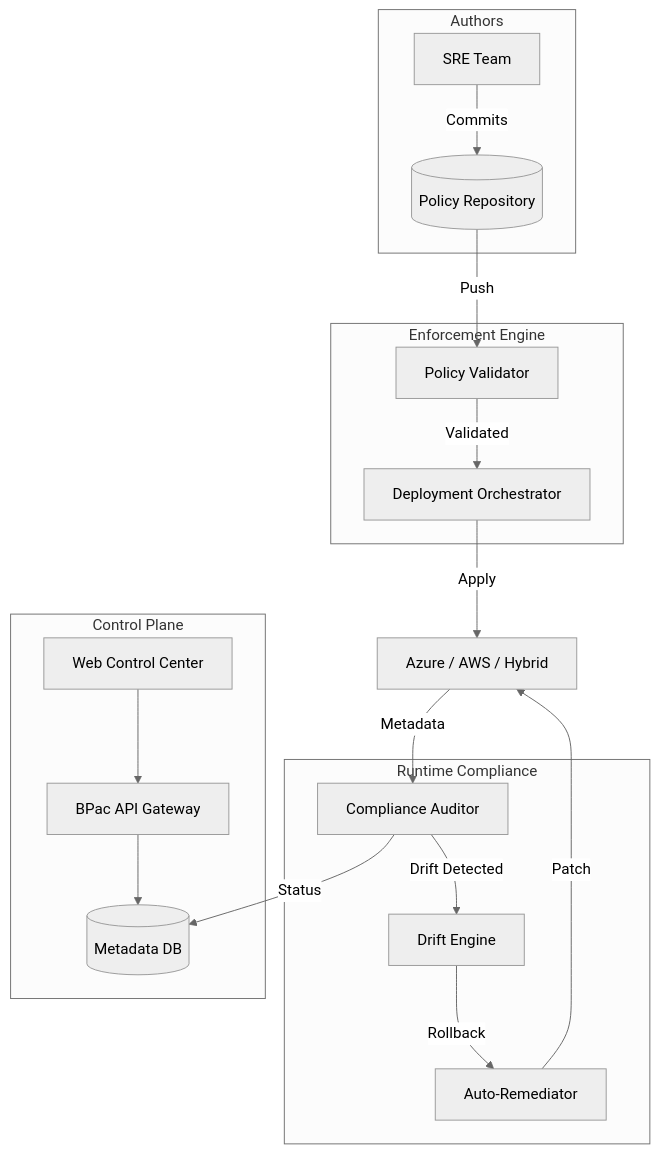
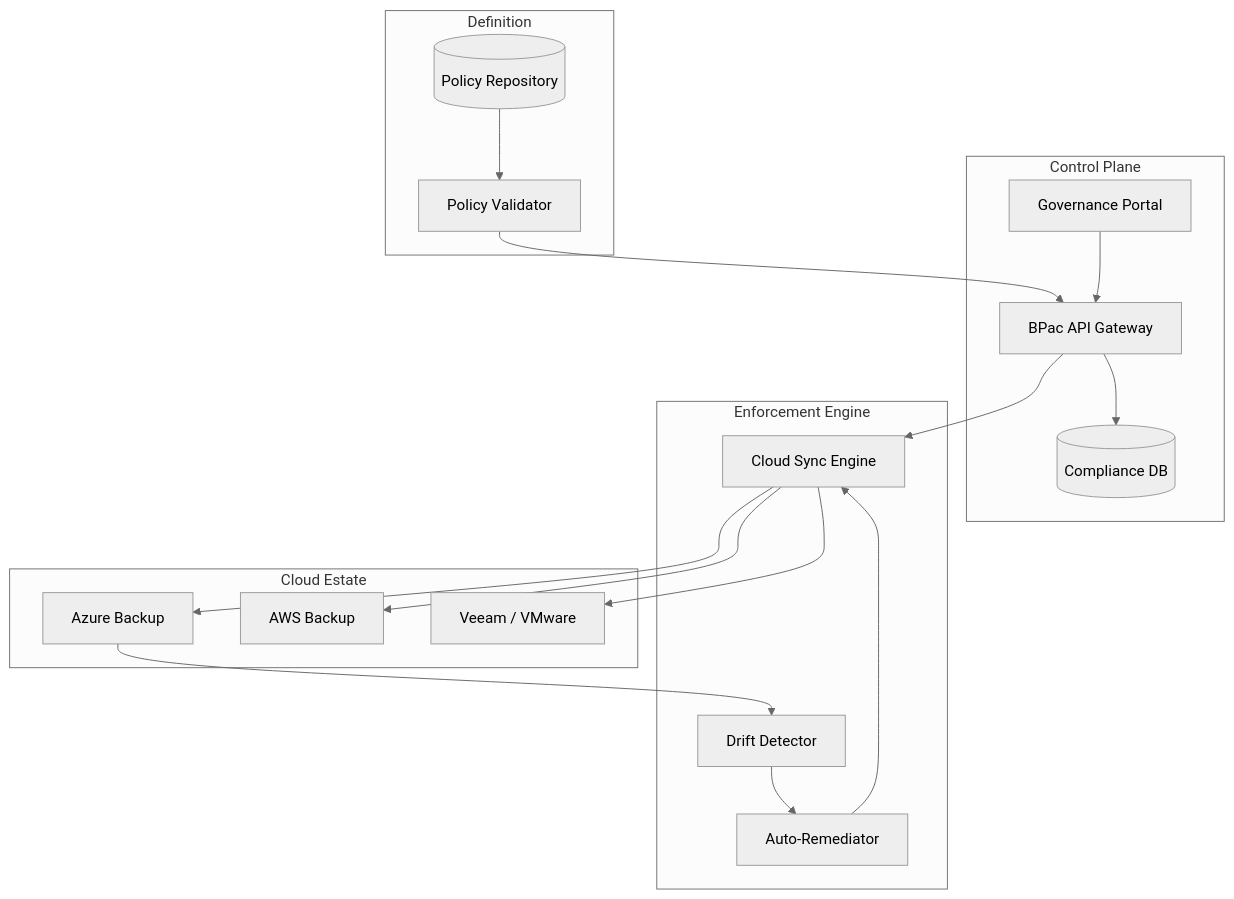
The first of 3 diagrams in README.md (Devopstrio/backup-policy-as-code), drawn with Mermaid (neutral theme) before and after one commit. The commit also changed other lines of this file, not shown here.

Commit message:
docs: upgrade README to flagship enterprise standards with advanced diagrams

````diff
--- a/README.md
+++ b/README.md
@@ -12,38 +39,39 @@
 ```mermaid
 graph TD
-    subgraph "Authors"
+    subgraph "Definition"
         Git[(Policy Repository)]
-        SRE[SRE Team]
+        Val[Policy Validator]
+    end
+
+    subgraph "Control Plane"
+        Portal[Governance Portal]
+        API[BPac API Gateway]
+        DB[(Compliance DB)]
     end
 
     subgraph "Enforcement Engine"
-        Val[Policy Validator]
-        Depl[Deployment Orchestrator]
+        Drift[Drift Detector]
+        Remed[Auto-Remediator]
+        Sync[Cloud Sync Engine]
     end
 
-    subgraph "Runtime Compliance"
-        Drift[Drift Engine]
-        Remed[Auto-Remediator]
-        Auditor[Compliance Auditor]
+    subgraph "Cloud Estate"
+        AzB[Azure Backup]
+        AwB[AWS Backup]
+        Vee[Veeam / VMware]
     end
 
-    subgraph "Control Plane"
-        Portal[Web Control Center]
-        API[BPac API Gateway]
-        DB[(Metadata DB)]
-    end
-
-    SRE -- Commits --> Git
-    Git -- Push --> Val
-    Val -- Validated --> Depl
-    Depl -- Apply --> Cloud[Azure / AWS / Hybrid]
-    
-    Cloud -- Metadata --> Auditor
-    Auditor -- Status --> DB
-    Auditor -- Drift Detected --> Drift
-    Drift -- Rollback --> Remed
-    Remed -- Patch --> Cloud
-    
+    Git --> Val
+    Val --> API
     Portal --> API
     API --> DB
+    
+    API --> Sync
+    Sync --> AzB
+    Sync --> AwB
+    Sync --> Vee
+
+    AzB --> Drift
+    Drift --> Remed
+    Remed --> Sync
 ```
````
